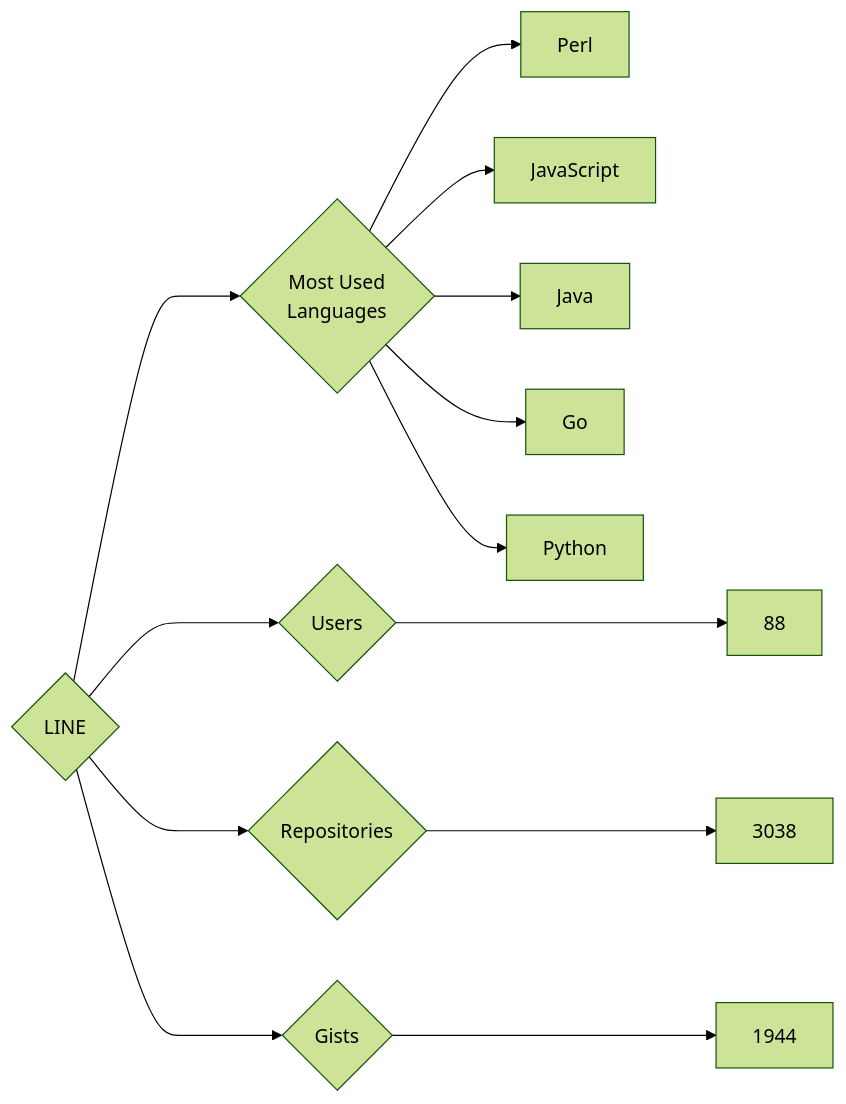
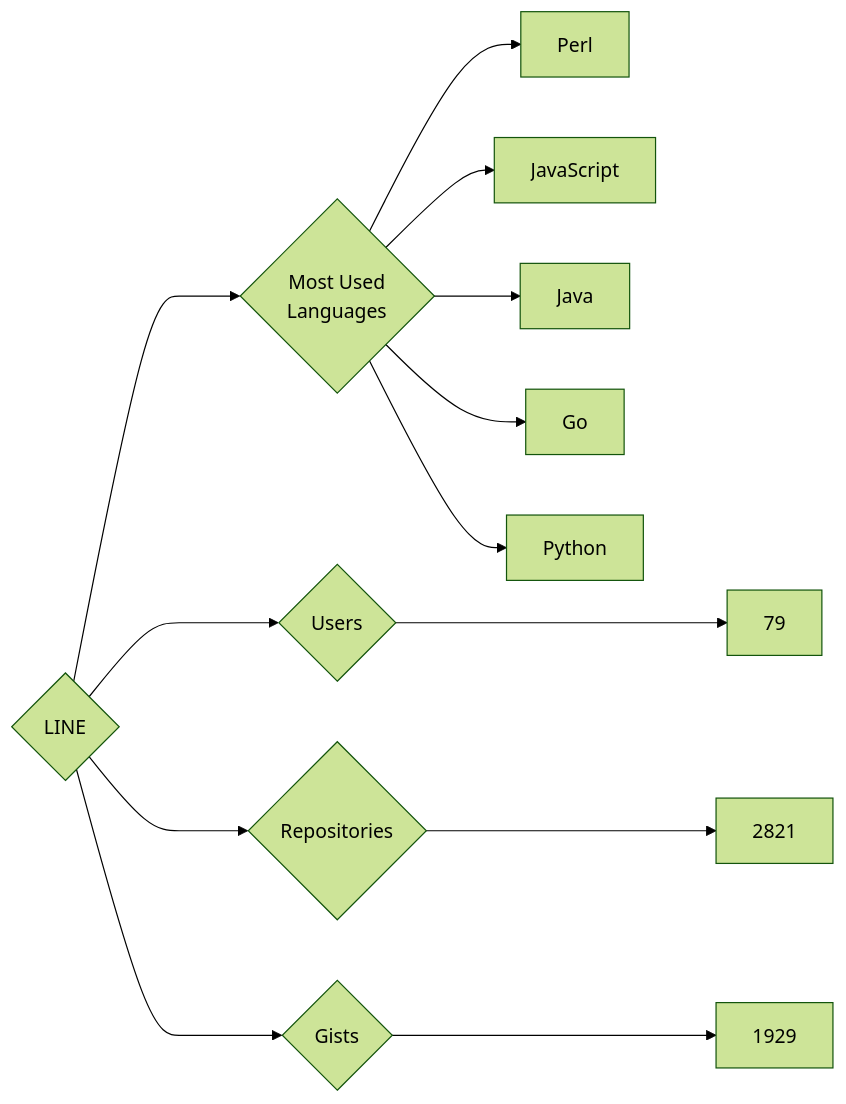
One commit to trickest/insiders changed the diagram in targets/LINE/README.md. Above: the diagram before and after it, drawn with Mermaid (forest theme). The commit also changed 932 other files, not shown here.

````diff
--- a/targets/LINE/README.md
+++ b/targets/LINE/README.md
@@ -3,13 +3,13 @@
 ```mermaid
 graph LR
 COMPANY_NAME{LINE}
-COMPANY_NAME ---> U{Users} ---> UN[88]
-COMPANY_NAME ---> R{Repositories} ---> RN[3038]
-COMPANY_NAME ---> G{Gists} ---> GN[1944]
+COMPANY_NAME ---> U{Users} ---> UN[79]
+COMPANY_NAME ---> R{Repositories} ---> RN[2821]
+COMPANY_NAME ---> G{Gists} ---> GN[1929]
 COMPANY_NAME ---> ML{Most Used<br>Languages}
 ML --> Perl[Perl]
 ML --> JavaScript[JavaScript]
 ML --> Java[Java]
 ML --> Go[Go]
 ML --> Python[Python]
 ```
````
